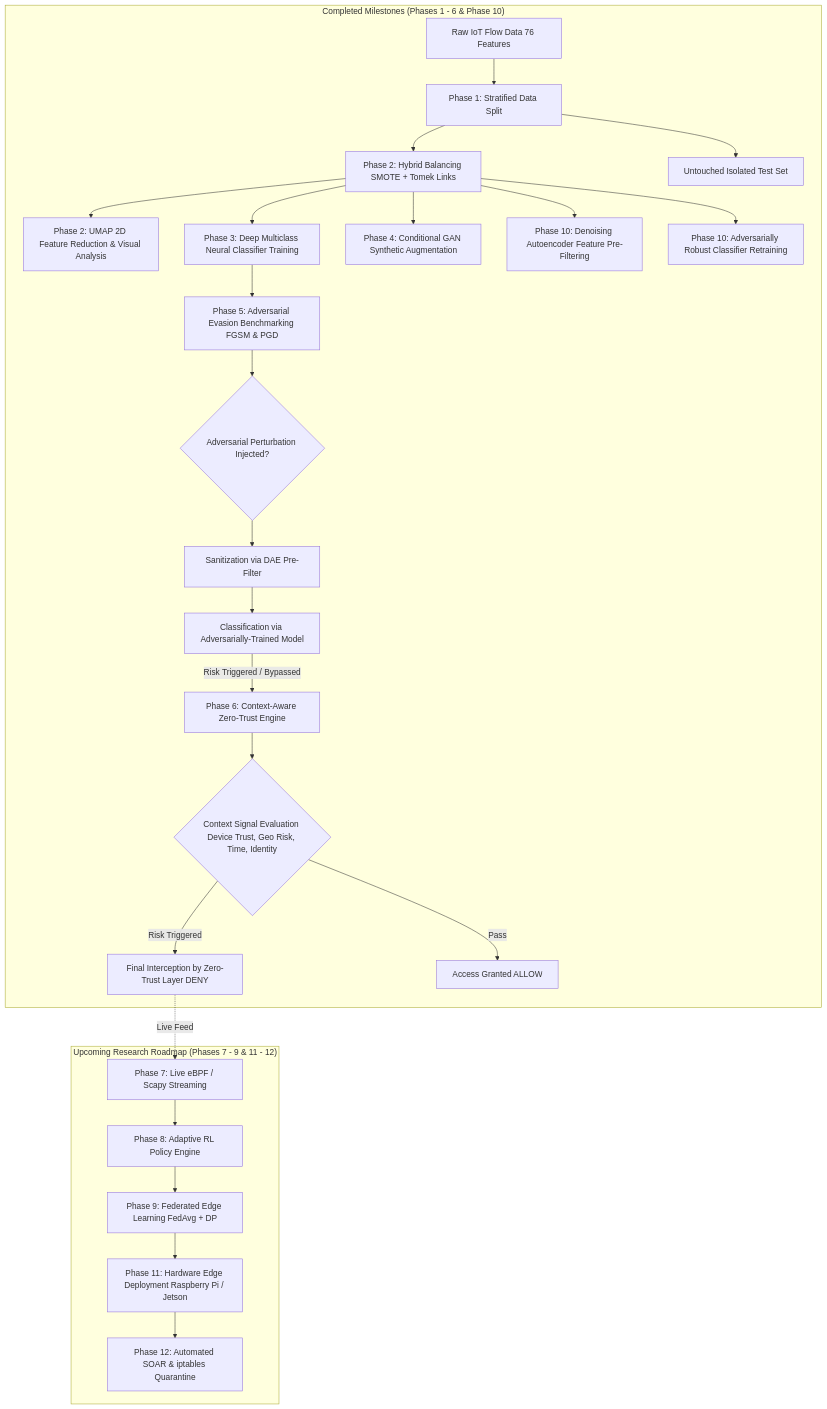
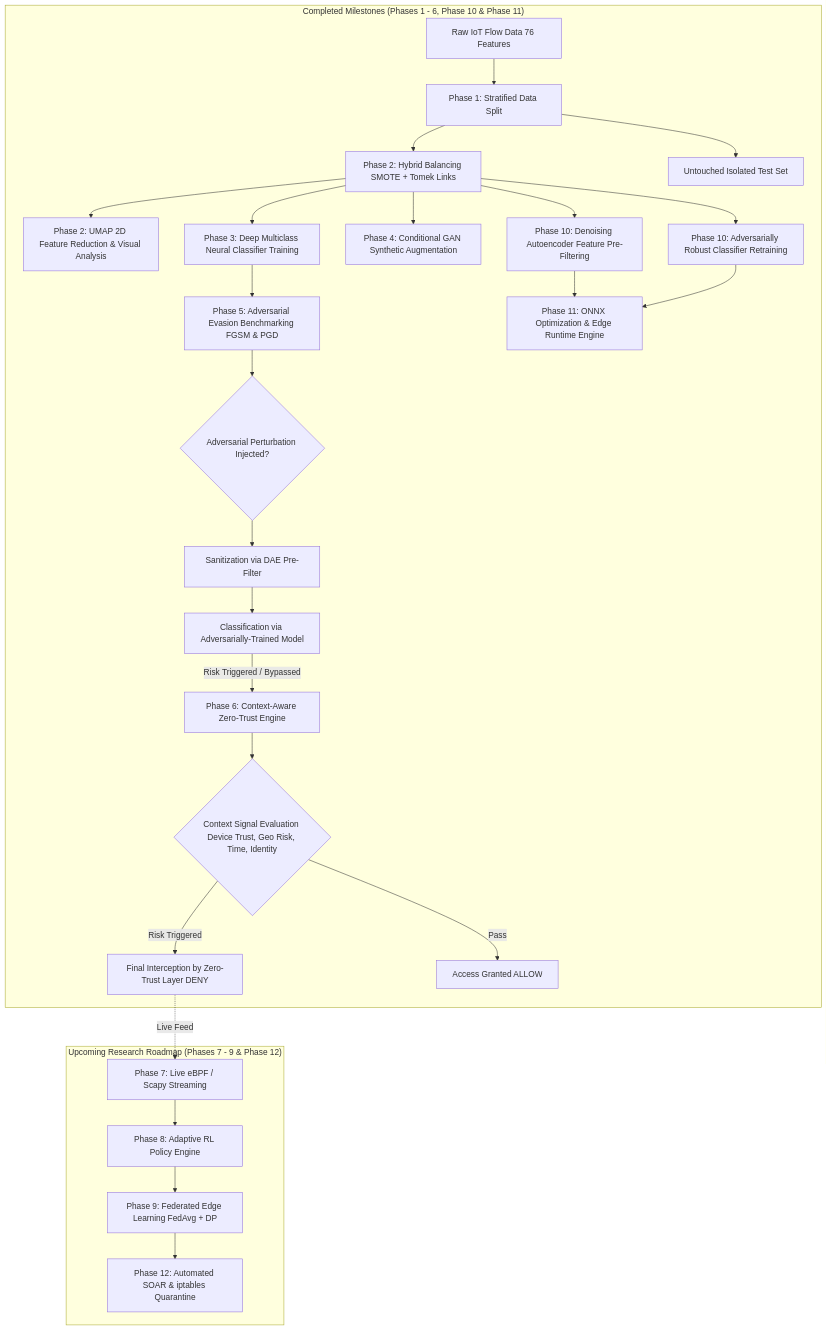
Before and after one commit to ShauryaArvind/IOT_Research: the diagram in README.md, drawn with Mermaid. The commit also changed other lines of this file and 16 other files, not shown here.

Commit message:
feat(phase11): add ONNX edge export, inference runtime, and hardware benchmark suite

````diff
--- a/README.md
+++ b/README.md
@@ -21,34 +21,35 @@
 ```mermaid
 flowchart TD
-    subgraph COMPLETED ["Completed Milestones (Phases 1 - 6 & Phase 10)"]
+    subgraph COMPLETED ["Completed Milestones (Phases 1 - 6, Phase 10 & Phase 11)"]
         A[Raw IoT Flow Data 76 Features] --> B[Phase 1: Stratified Data Split]
         B --> C[Phase 2: Hybrid Balancing SMOTE + Tomek Links]
         B --> D[Untouched Isolated Test Set]
         
         C --> E[Phase 2: UMAP 2D Feature Reduction & Visual Analysis]
         C --> F[Phase 3: Deep Multiclass Neural Classifier Training]
         C --> G[Phase 4: Conditional GAN Synthetic Augmentation]
         
         F --> H[Phase 5: Adversarial Evasion Benchmarking FGSM & PGD]
         C --> H1[Phase 10: Denoising Autoencoder Feature Pre-Filtering]
         C --> H2[Phase 10: Adversarially Robust Classifier Retraining]
         
+        H1 & H2 --> H3[Phase 11: ONNX Optimization & Edge Runtime Engine]
+        
         H --> I{Adversarial Perturbation Injected?}
         I --> J1[Sanitization via DAE Pre-Filter]
         J1 --> J2[Classification via Adversarially-Trained Model]
         
         J2 -- Risk Triggered / Bypassed --> K[Phase 6: Context-Aware Zero-Trust Engine]
         K --> L{Context Signal Evaluation Device Trust, Geo Risk, Time, Identity}
         L -- Risk Triggered --> M[Final Interception by Zero-Trust Layer DENY]
         L -- Pass --> N[Access Granted ALLOW]
     end
 
-    subgraph UPCOMING ["Upcoming Research Roadmap (Phases 7 - 9 & 11 - 12)"]
+    subgraph UPCOMING ["Upcoming Research Roadmap (Phases 7 - 9 & Phase 12)"]
         O[Phase 7: Live eBPF / Scapy Streaming] --> Q[Phase 8: Adaptive RL Policy Engine]
         Q --> R[Phase 9: Federated Edge Learning FedAvg + DP]
-        R --> S[Phase 11: Hardware Edge Deployment Raspberry Pi / Jetson]
-        S --> T[Phase 12: Automated SOAR & iptables Quarantine]
+        R --> T[Phase 12: Automated SOAR & iptables Quarantine]
     end
 
     M -. Live Feed .-> O
 ```
````
